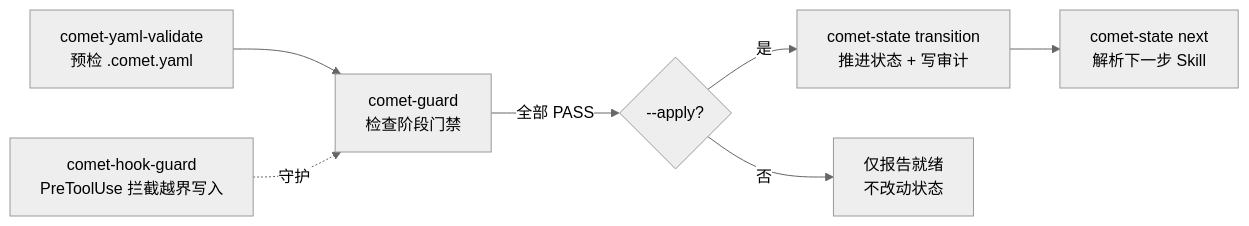
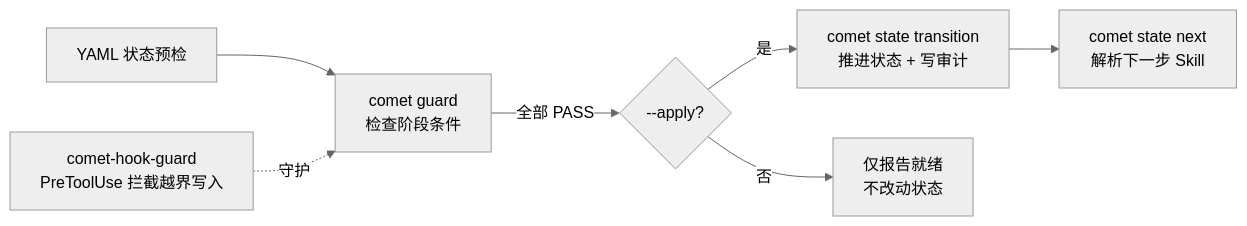
One commit to rpamis/comet-website-docs changed the diagram in zh/scripts/overview.mdx. Above: the diagram before and after it, drawn with Mermaid (neutral theme). The commit also changed other lines of this file and 46 other files, not shown here.

````diff
--- a/zh/scripts/overview.mdx
+++ b/zh/scripts/overview.mdx
@@ -60,9 +74,9 @@
 ```mermaid
 flowchart LR
-    A["comet-yaml-validate<br/>预检 .comet.yaml"] --> B["comet-guard<br/>检查阶段门禁"]
+    A["YAML 状态预检"] --> B["comet guard<br/>检查阶段条件"]
     B -->|全部 PASS| C{"--apply?"}
-    C -->|是| D["comet-state transition<br/>推进状态 + 写审计"]
+    C -->|是| D["comet state transition<br/>推进状态 + 写审计"]
     C -->|否| E["仅报告就绪<br/>不改动状态"]
-    D --> F["comet-state next<br/>解析下一步 Skill"]
+    D --> F["comet state next<br/>解析下一步 Skill"]
     H["comet-hook-guard<br/>PreToolUse 拦截越界写入"] -.守护.-> B
 ```
````
